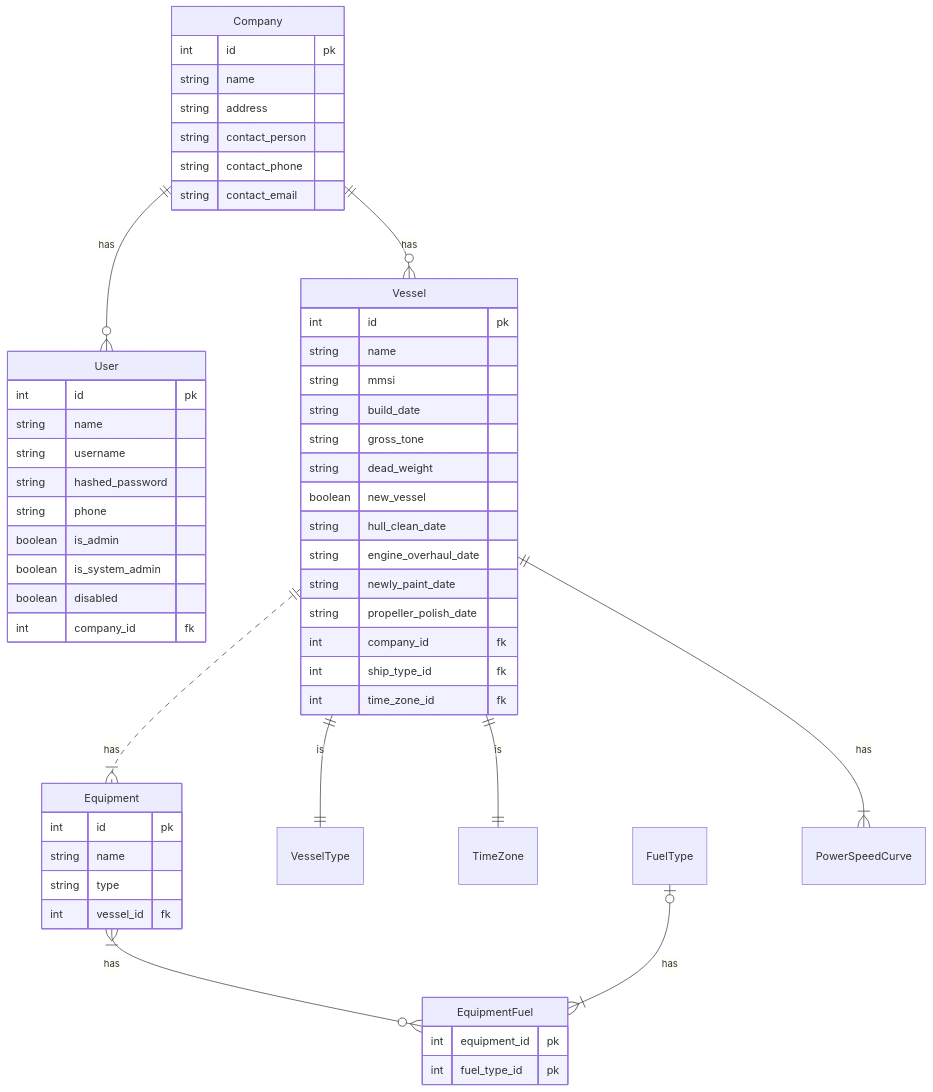
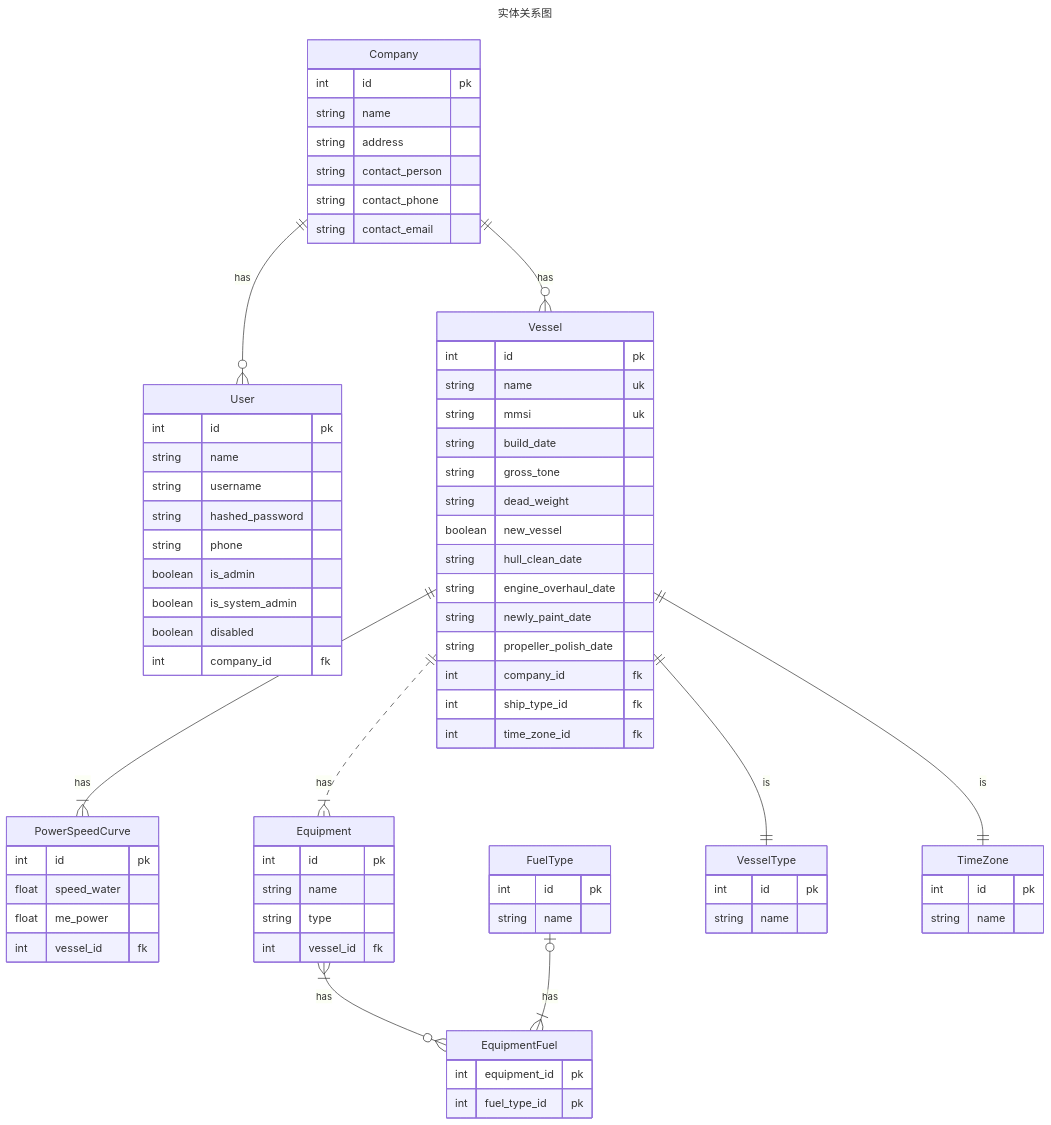
The first of 2 diagrams in fastapis/app/entity/README.md (MingLi19/data), drawn with Mermaid before and after one commit. The commit also changed other lines of this file, not shown here.

Commit message:
update er

````diff
--- a/fastapis/app/entity/README.md
+++ b/fastapis/app/entity/README.md
@@ -2,14 +2,25 @@
 ```mermaid
+---
+title: 实体关系图
+---
+%%{init: {
+  "theme": "default",
+  "themeCSS": [
+    "[id^=entity-Meta] .er.entityBox { fill: lightgreen;} ",
+    "[id^=entity-Master] .er.entityBox { fill: powderblue;} ",
+    "[id^=entity-Biz] .er.entityBox { fill: pink;} "
+    ]
+}}%%
 erDiagram
-    Company ||--o{ User : has
-    Company ||--o{ Vessel : has
-    Vessel ||..|{ Equipment : has
-    Vessel ||--|| VesselType : is
-    Vessel ||--|| TimeZone : is
-    Equipment }|--o{ EquipmentFuel : has
-    FuelType o|--|{ EquipmentFuel : has
-    Vessel ||--|{ PowerSpeedCurve : has
-    Company {
+    Master-Company ||--o{ Master-User : has
+    Master-Company ||--o{ Master-Vessel : has
+    Master-Vessel ||--|{ Master-PowerSpeedCurve : has
+    Master-Vessel ||..|{ Master-Equipment : has
+    Master-Equipment }|--o{ Master-EquipmentFuel : has
+    Meta-FuelType o|--|{ Master-EquipmentFuel : has
+    Master-Vessel ||--|| Meta-VesselType : is
+    Master-Vessel ||--|| Meta-TimeZone : is
+    Master-Company[Company] {
         int id pk
         string name 
         string address
@@ -17,7 +28,7 @@
         string contact_phone
         string contact_email
     }
-    User {
+    Master-User[User] {
         int id pk
         string name
         string username
@@ -28,10 +39,10 @@
         boolean disabled
         int company_id fk
     }
-    Vessel {
+    Master-Vessel[Vessel] {
         int id pk
-        string name
-        string mmsi
+        string name uk
+        string mmsi uk
         string build_date
         string gross_tone
         string dead_weight
@@ -44,15 +55,32 @@
         int ship_type_id fk
         int time_zone_id fk
     }
-    Equipment {
+    Master-Equipment[Equipment] {
         int id pk
         string name
         string type
         int vessel_id fk
     }
-    EquipmentFuel {
+    Master-EquipmentFuel[EquipmentFuel] {
         int equipment_id pk
         int fuel_type_id pk
     }
-    
+    Meta-FuelType[FuelType] {
+        int id pk
+        string name
+    }
+    Meta-VesselType[VesselType] {
+        int id pk
+        string name
+    }
+    Meta-TimeZone[TimeZone] {
+        int id pk
+        string name
+    }
+    Master-PowerSpeedCurve[PowerSpeedCurve] {
+        int id pk
+        float speed_water
+        float me_power
+        int vessel_id fk
+    }
 ```
````
